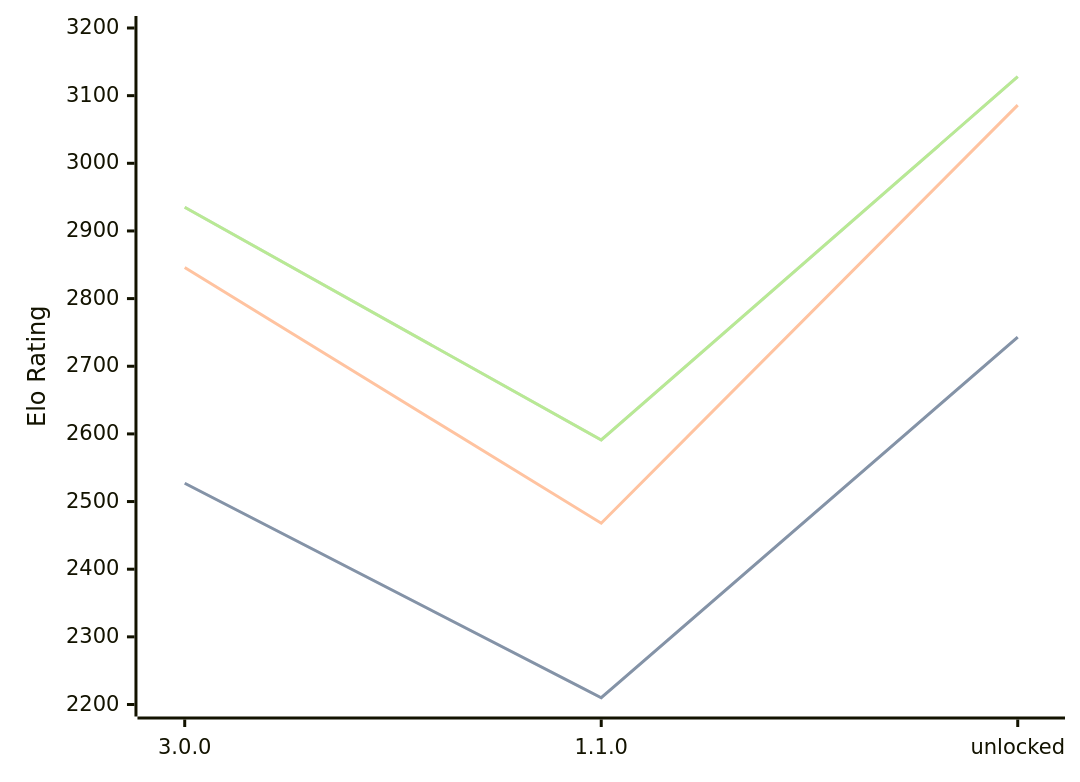
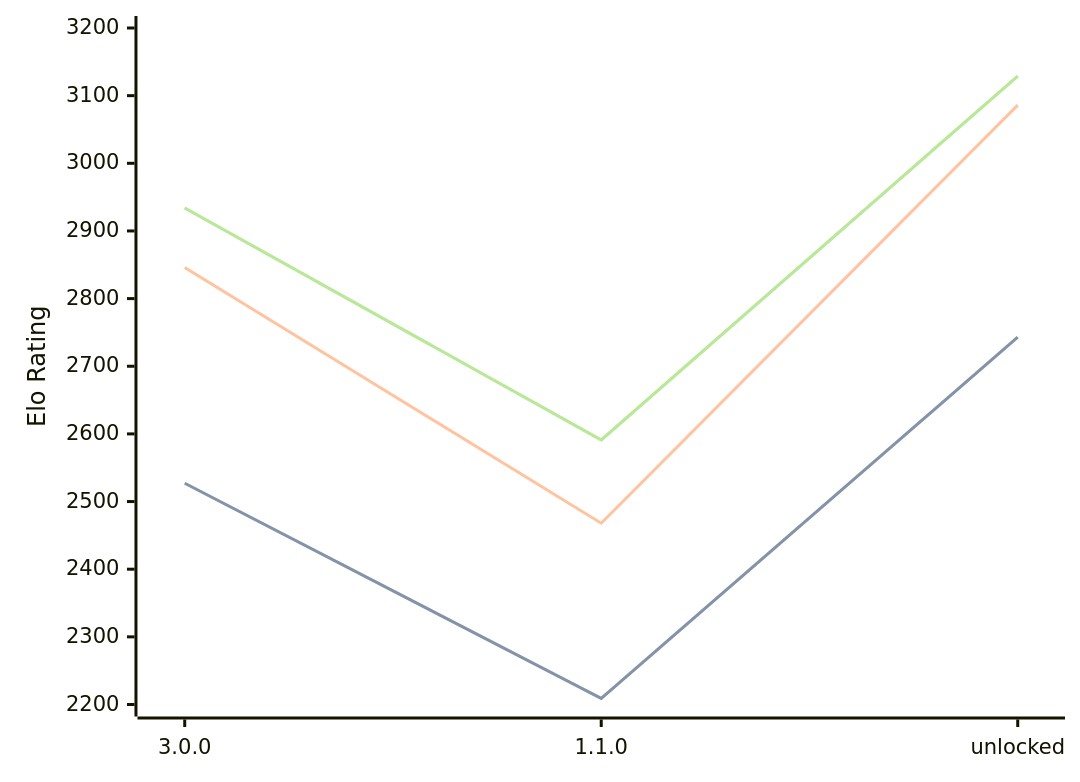
The diagram in engines/Potential.md (computer-chess-index/cci), drawn with Mermaid before and after one commit. The commit also changed other lines of this file, not shown here.

Commit message:
Update CCI Ratings (ELO VLTC) - 2026-08-06

````diff
--- a/engines/Potential.md
+++ b/engines/Potential.md
@@ -35,11 +35,11 @@
 ```mermaid
 %%{init: {"theme":"base","themeVariables":{"seriesColors:['#a3a3a3','#222221','#faa371']}}}%%
 xychart-beta
   x-axis ["3.0.0", "1.1.0", "unlocked"]
   y-axis "Elo Rating" 2200 --> 3200
-  line "STC (8.0+0.08s)" [2527, 2210, 2743]
-  line "STC (8.0+0.08s)" [2527, 2210, 2743]
+  line "STC (8.0+0.08s)" [2527, 2209, 2743]
+  line "STC (8.0+0.08s)" [2527, 2209, 2743]
   line "LTC (60.0+0.60s)" [2846, 2468, 3086]
-  line "VLTC (2m24s+1.12s)" [2935, 2591, 3128]
-  line "VLTC (2m24s+1.12s)" [2935, 2591, 3128]
+  line "VLTC (2m24s+1.12s)" [2934, 2591, 3129]
+  line "VLTC (2m24s+1.12s)" [2934, 2591, 3129]
 ```
````
